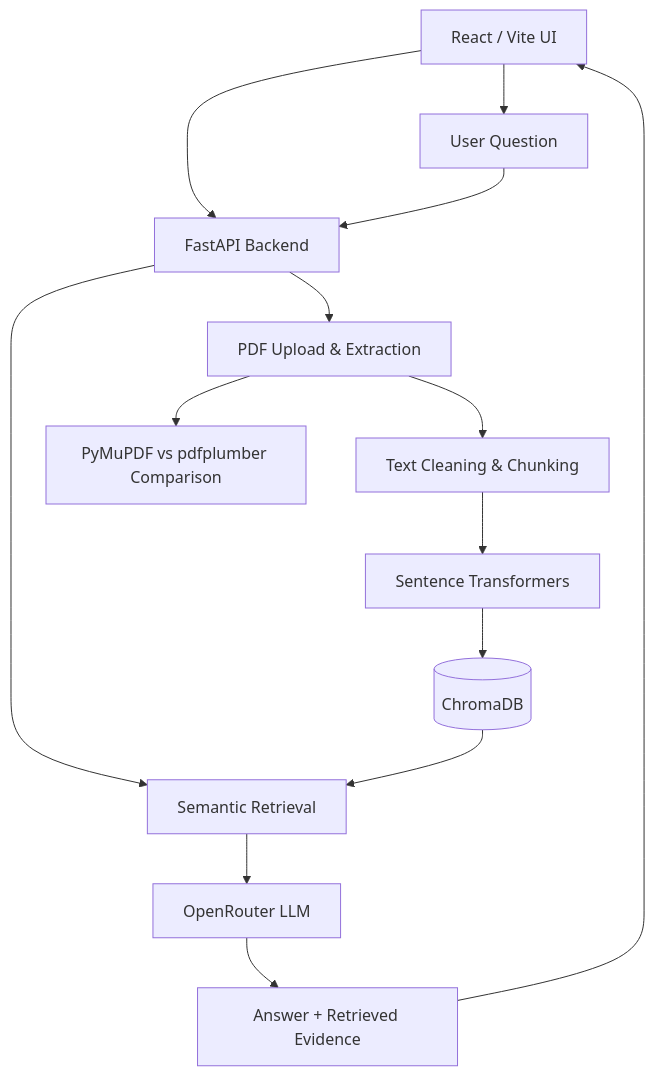
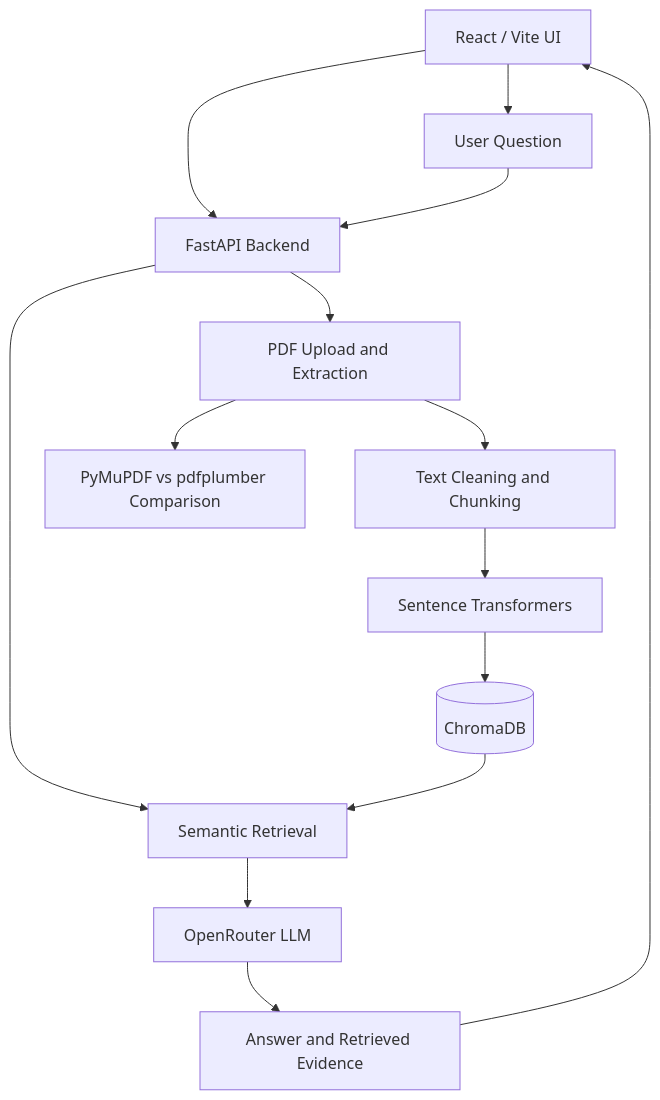
Before and after one commit to behra527/MediRAG-AI: the diagram in README.md, drawn with Mermaid. The commit also changed other lines of this file, not shown here.

````diff
--- a/README.md
+++ b/README.md
@@ -60,16 +46,16 @@
 ```mermaid
 flowchart TD
     A[React / Vite UI] --> B[FastAPI Backend]
-    B --> C[PDF Upload & Extraction]
-    C --> D[Text Cleaning & Chunking]
+    B --> C[PDF Upload and Extraction]
+    C --> D[Text Cleaning and Chunking]
     D --> E[Sentence Transformers]
     E --> F[(ChromaDB)]
     A --> G[User Question]
     G --> B
     B --> H[Semantic Retrieval]
     F --> H
     H --> I[OpenRouter LLM]
-    I --> J[Answer + Retrieved Evidence]
+    I --> J[Answer and Retrieved Evidence]
     J --> A
     C --> K[PyMuPDF vs pdfplumber Comparison]
 ```
````
